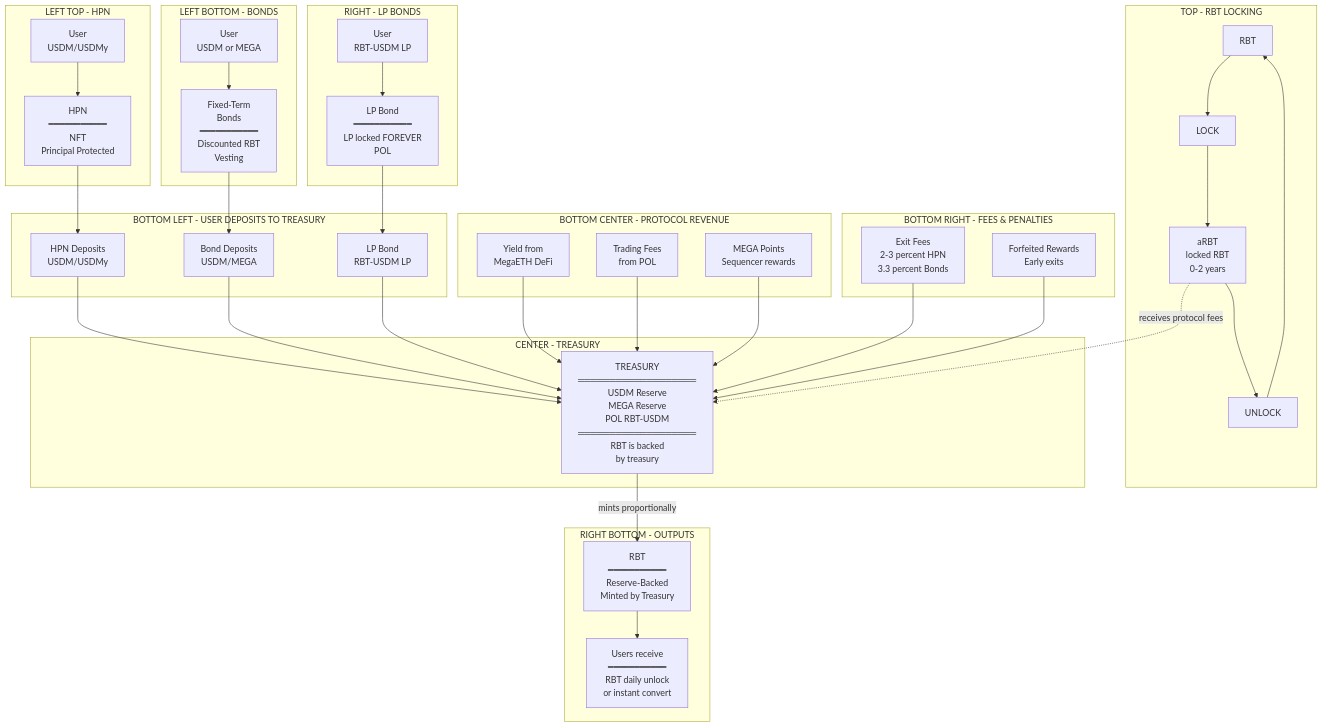
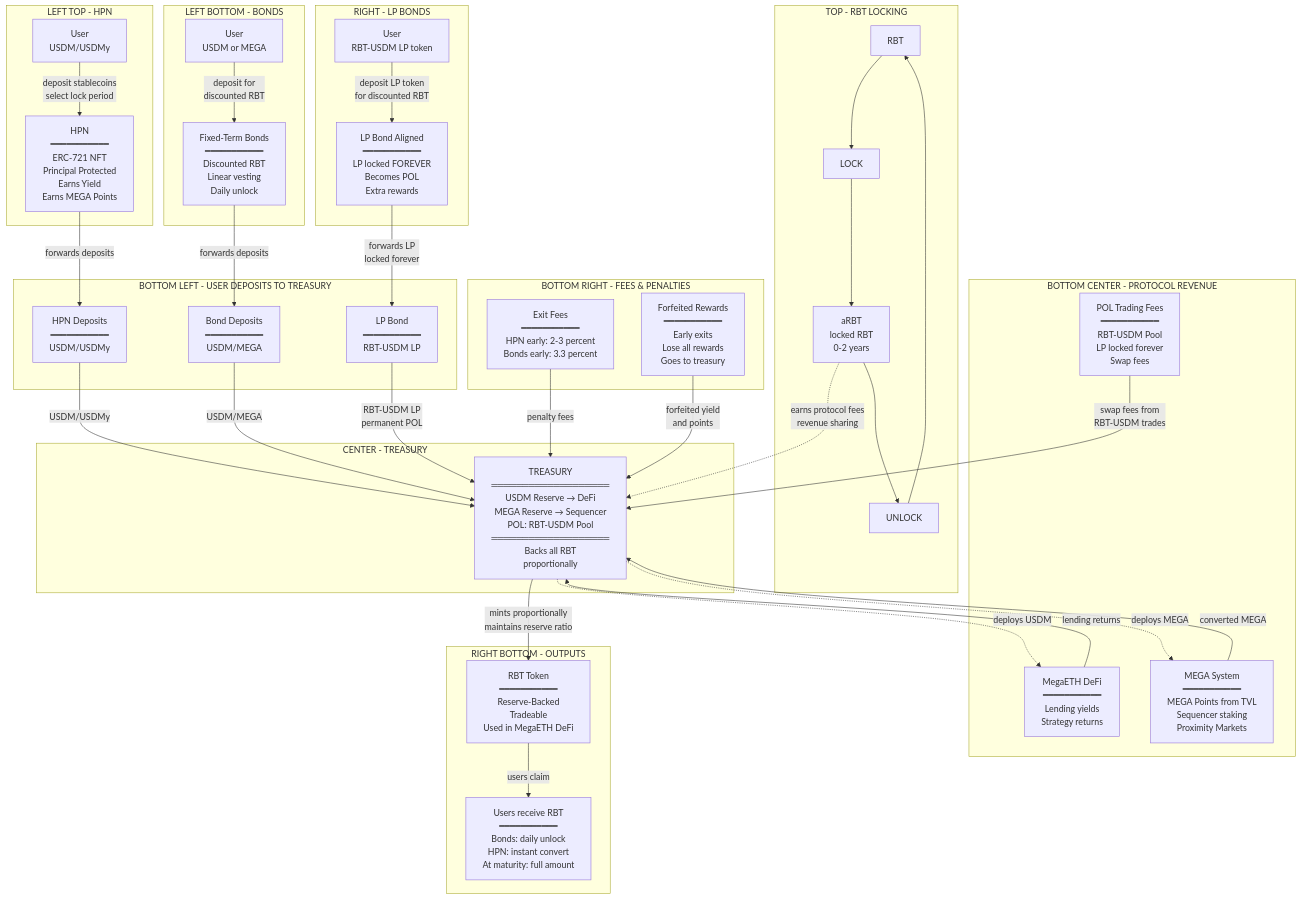
One commit to 0xJaehaerys/ohmega changed the diagram in blackhaven-complete-system.md. Above: the diagram before and after it, drawn with Mermaid.

Commit message:
Add detailed arrow labels and expand all block descriptions with specifics

````diff
--- a/blackhaven-complete-system.md
+++ b/blackhaven-complete-system.md
@@ -18,71 +18,74 @@
     
     subgraph "LEFT TOP - HPN"
         USER_HPN[User<br/>USDM/USDMy]
-        HPN[HPN<br/>━━━━━━━━━━━<br/>NFT<br/>Principal Protected]
+        HPN[HPN<br/>━━━━━━━━━━━<br/>ERC-721 NFT<br/>Principal Protected<br/>Earns Yield<br/>Earns MEGA Points]
         
-        USER_HPN --> HPN
+        USER_HPN -->|deposit stablecoins<br/>select lock period| HPN
     end
     
     subgraph "LEFT BOTTOM - BONDS"
         USER_BONDS[User<br/>USDM or MEGA]
         
-        BONDS[Fixed-Term<br/>Bonds<br/>━━━━━━━━━━━<br/>Discounted RBT<br/>Vesting]
+        BONDS[Fixed-Term Bonds<br/>━━━━━━━━━━━<br/>Discounted RBT<br/>Linear vesting<br/>Daily unlock]
         
-        USER_BONDS --> BONDS
+        USER_BONDS -->|deposit for<br/>discounted RBT| BONDS
     end
     
     subgraph "CENTER - TREASURY"
-        TREASURY[TREASURY<br/>═══════════════════<br/>USDM Reserve<br/>MEGA Reserve<br/>POL RBT-USDM<br/>═══════════════════<br/>RBT is backed<br/>by treasury]
+        TREASURY[TREASURY<br/>═══════════════════<br/>USDM Reserve → DeFi<br/>MEGA Reserve → Sequencer<br/>POL: RBT-USDM Pool<br/>═══════════════════<br/>Backs all RBT<br/>proportionally]
     end
     
     subgraph "RIGHT - LP BONDS"
-        USER_LP[User<br/>RBT-USDM LP]
+        USER_LP[User<br/>RBT-USDM LP token]
         
-        LP_BONDS[LP Bond<br/>━━━━━━━━━━━<br/>LP locked FOREVER<br/>POL]
+        LP_BONDS[LP Bond Aligned<br/>━━━━━━━━━━━<br/>LP locked FOREVER<br/>Becomes POL<br/>Extra rewards]
         
-        USER_LP --> LP_BONDS
+        USER_LP -->|deposit LP token<br/>for discounted RBT| LP_BONDS
     end
     
     subgraph "BOTTOM LEFT - USER DEPOSITS TO TREASURY"
-        HPN_DEPOSIT[HPN Deposits<br/>USDM/USDMy]
-        BOND_DEPOSIT[Bond Deposits<br/>USDM/MEGA]
-        LP_DEPOSIT[LP Bond<br/>RBT-USDM LP]
+        HPN_DEPOSIT[HPN Deposits<br/>━━━━━━━━━━━<br/>USDM/USDMy]
+        BOND_DEPOSIT[Bond Deposits<br/>━━━━━━━━━━━<br/>USDM/MEGA]
+        LP_DEPOSIT[LP Bond<br/>━━━━━━━━━━━<br/>RBT-USDM LP]
     end
     
     subgraph "BOTTOM CENTER - PROTOCOL REVENUE"
-        YIELD_INCOME[Yield from<br/>MegaETH DeFi]
-        POL_FEES[Trading Fees<br/>from POL]
-        MEGA_REWARDS[MEGA Points<br/>Sequencer rewards]
+        YIELD_INCOME[MegaETH DeFi<br/>━━━━━━━━━━━<br/>Lending yields<br/>Strategy returns]
+        POL_FEES[POL Trading Fees<br/>━━━━━━━━━━━<br/>RBT-USDM Pool<br/>LP locked forever<br/>Swap fees]
+        MEGA_REWARDS[MEGA System<br/>━━━━━━━━━━━<br/>MEGA Points from TVL<br/>Sequencer staking<br/>Proximity Markets]
     end
     
     subgraph "BOTTOM RIGHT - FEES & PENALTIES"
-        EXIT_FEES[Exit Fees<br/>2-3 percent HPN<br/>3.3 percent Bonds]
-        FORFEIT[Forfeited Rewards<br/>Early exits]
+        EXIT_FEES[Exit Fees<br/>━━━━━━━━━━━<br/>HPN early: 2-3 percent<br/>Bonds early: 3.3 percent]
+        FORFEIT[Forfeited Rewards<br/>━━━━━━━━━━━<br/>Early exits<br/>Lose all rewards<br/>Goes to treasury]
     end
     
     subgraph "RIGHT BOTTOM - OUTPUTS"
-        RBT_OUT[RBT<br/>━━━━━━━━━━━<br/>Reserve-Backed<br/>Minted by Treasury]
+        RBT_OUT[RBT Token<br/>━━━━━━━━━━━<br/>Reserve-Backed<br/>Tradeable<br/>Used in MegaETH DeFi]
         
-        USER_GETS[Users receive<br/>━━━━━━━━━━━<br/>RBT daily unlock<br/>or instant convert]
+        USER_GETS[Users receive RBT<br/>━━━━━━━━━━━<br/>Bonds: daily unlock<br/>HPN: instant convert<br/>At maturity: full amount]
         
-        RBT_OUT --> USER_GETS
+        RBT_OUT -->|users claim| USER_GETS
     end
     
-    HPN --> HPN_DEPOSIT
-    BONDS --> BOND_DEPOSIT
-    LP_BONDS --> LP_DEPOSIT
+    HPN -->|forwards deposits| HPN_DEPOSIT
+    BONDS -->|forwards deposits| BOND_DEPOSIT
+    LP_BONDS -->|forwards LP<br/>locked forever| LP_DEPOSIT
     
-    HPN_DEPOSIT --> TREASURY
-    BOND_DEPOSIT --> TREASURY
-    LP_DEPOSIT --> TREASURY
+    HPN_DEPOSIT -->|USDM/USDMy| TREASURY
+    BOND_DEPOSIT -->|USDM/MEGA| TREASURY
+    LP_DEPOSIT -->|RBT-USDM LP<br/>permanent POL| TREASURY
     
-    YIELD_INCOME --> TREASURY
-    POL_FEES --> TREASURY
-    MEGA_REWARDS --> TREASURY
-    EXIT_FEES --> TREASURY
-    FORFEIT --> TREASURY
+    YIELD_INCOME -->|lending returns| TREASURY
+    POL_FEES -->|swap fees from<br/>RBT-USDM trades| TREASURY
+    MEGA_REWARDS -->|converted MEGA| TREASURY
+    EXIT_FEES -->|penalty fees| TREASURY
+    FORFEIT -->|forfeited yield<br/>and points| TREASURY
     
-    TREASURY -->|mints proportionally| RBT_OUT
+    TREASURY -->|mints proportionally<br/>maintains reserve ratio| RBT_OUT
     
-    ARBT_LOCKED -.->|receives protocol fees| TREASURY
+    TREASURY -.->|deploys USDM| YIELD_INCOME
+    TREASURY -.->|deploys MEGA| MEGA_REWARDS
+    
+    ARBT_LOCKED -.->|earns protocol fees<br/>revenue sharing| TREASURY
 ```
````
